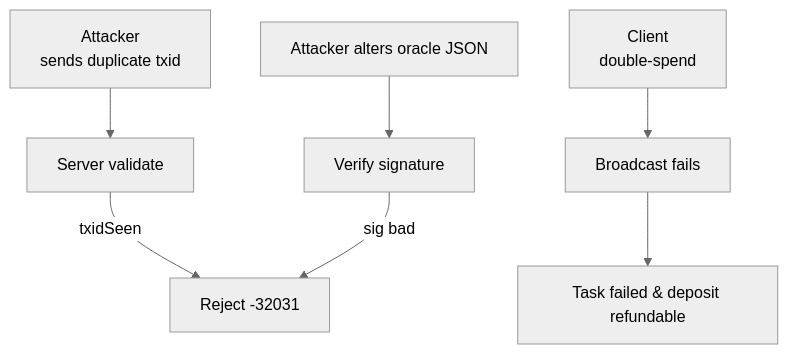
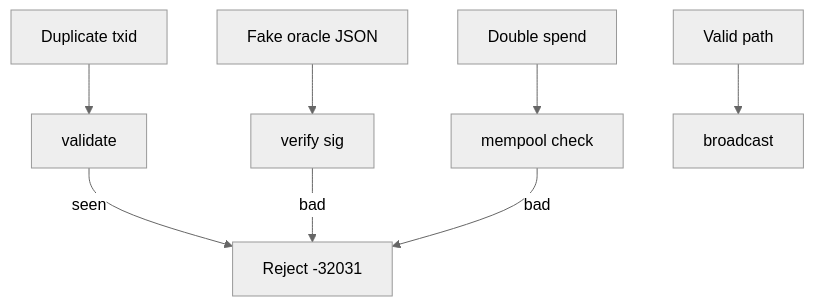
The sixth of 6 diagrams in docs/a2b.md (b-open-io/bsv-mcp), drawn with Mermaid (neutral theme) before and after one commit. The commit also changed other lines of this file, not shown here.

Commit message:
Refine A2B documentation: update payment flow section for clarity, enhance descriptions in pricing configuration and error codes, and improve task state machine details for better understanding and usability.

````diff
--- a/docs/a2b.md
+++ b/docs/a2b.md
@@ -449,9 +487,10 @@
 ```mermaid
 flowchart TD
-    A[Attacker<br>sends duplicate txid] --> B[Server validate]
-    B -->|txidSeen| C[Reject -32031]
-    D[Attacker alters oracle JSON] --> E[Verify signature]
-    E -->|sig bad| C
-    F[Client<br>double‑spend] --> G[Broadcast fails]
-    G --> H[Task failed & deposit refundable]
+    A[Duplicate txid] --> B[validate]
+    B -->|seen| X[Reject -32031]
+    C[Fake oracle JSON] --> D[verify sig]
+    D -->|bad| X
+    E[Double spend] --> F[mempool check]
+    F -->|bad| X
+    H[Valid path] --> I[broadcast]
 ```
````
